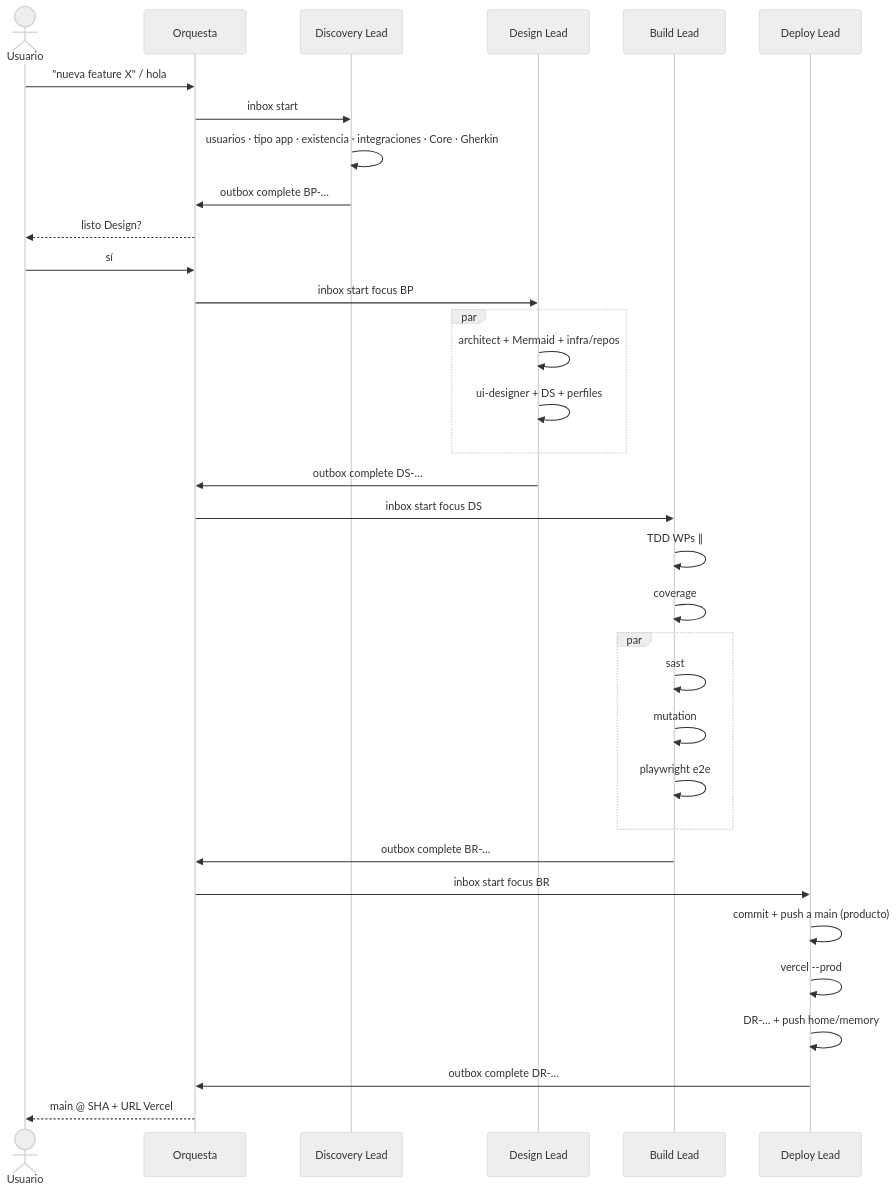
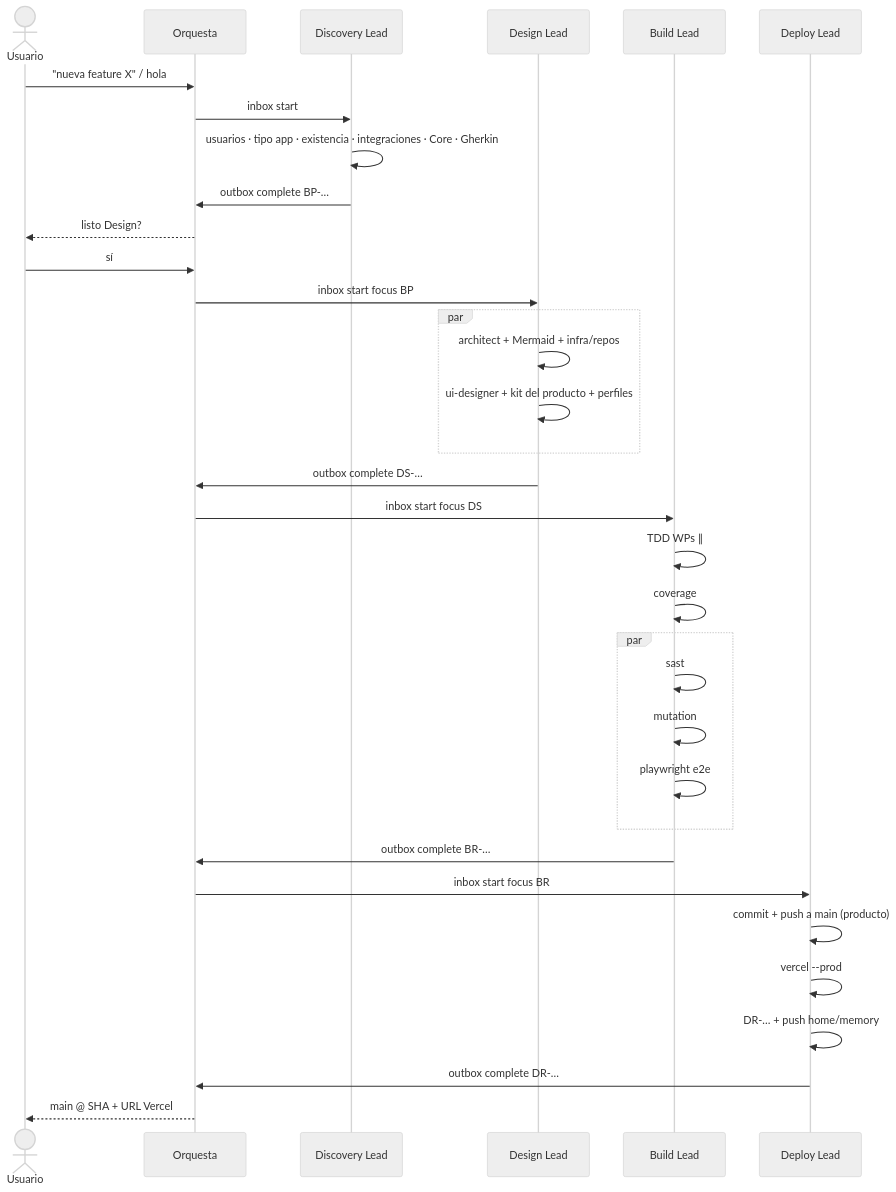
Before and after one commit to infosails/infosails-harness: diagram 14 of 15 in README.md, drawn with Mermaid (neutral theme). The commit also changed other lines of this file and 49 other files, not shown here.

````diff
--- a/README.md
+++ b/README.md
@@ -438,37 +652,37 @@
 ```mermaid
 sequenceDiagram
   actor U as Usuario
   participant O as Orquesta
   participant Disc as Discovery Lead
   participant Des as Design Lead
   participant Bld as Build Lead
   participant Dep as Deploy Lead
 
   U->>O: "nueva feature X" / hola
   O->>Disc: inbox start
   Disc->>Disc: usuarios · tipo app · existencia · integraciones · Core · Gherkin
   Disc->>O: outbox complete BP-…
   O-->>U: listo Design?
   U->>O: sí
   O->>Des: inbox start focus BP
   par
     Des->>Des: architect + Mermaid + infra/repos
-    Des->>Des: ui-designer + DS + perfiles
+    Des->>Des: ui-designer + kit del producto + perfiles
   end
   Des->>O: outbox complete DS-…
   O->>Bld: inbox start focus DS
   Bld->>Bld: TDD WPs ∥
   Bld->>Bld: coverage
   par
     Bld->>Bld: sast
     Bld->>Bld: mutation
     Bld->>Bld: playwright e2e
   end
   Bld->>O: outbox complete BR-…
   O->>Dep: inbox start focus BR
   Dep->>Dep: commit + push a main (producto)
   Dep->>Dep: vercel --prod
   Dep->>Dep: DR-… + push home/memory
   Dep->>O: outbox complete DR-…
   O-->>U: main @ SHA + URL Vercel
 ```
````
